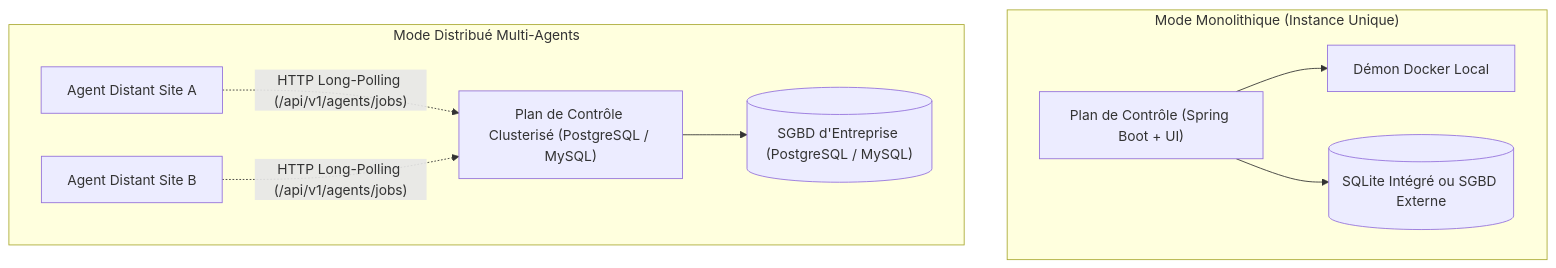
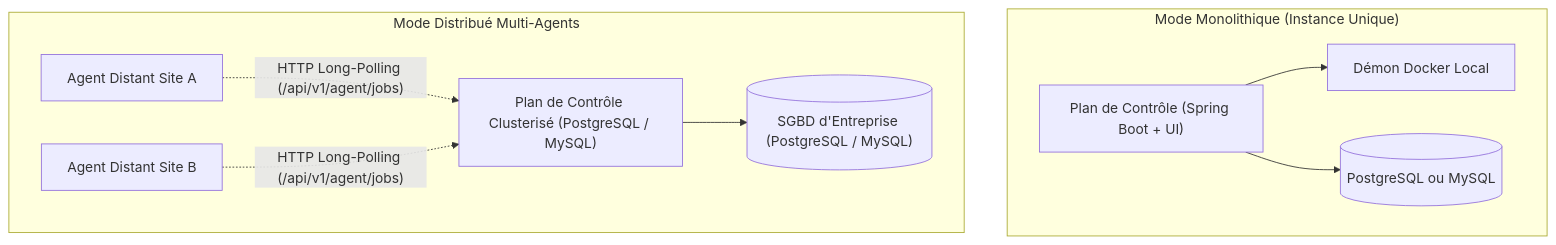
One commit to asmolabs/vectispire changed the diagram in docs/architecture/bflorat/fr/04_vue_infrastructure.md. Above: the diagram before and after it, drawn with Mermaid. The commit also changed other lines of this file and 14 other files, not shown here.

````diff
--- a/docs/architecture/bflorat/fr/04_vue_infrastructure.md
+++ b/docs/architecture/bflorat/fr/04_vue_infrastructure.md
@@ -13,21 +13,21 @@
 ```mermaid
 flowchart TB
     subgraph Mono["Mode Monolithique (Instance Unique)"]
         Ctrl1["Plan de Contrôle (Spring Boot + UI)"]
         Docker1["Démon Docker Local"]
-        DB1[("SQLite Intégré ou SGBD Externe")]
+        DB1[("PostgreSQL ou MySQL")]
         Ctrl1 --> Docker1
         Ctrl1 --> DB1
     end
 
     subgraph Dist["Mode Distribué Multi-Agents"]
         Ctrl2["Plan de Contrôle Clusterisé (PostgreSQL / MySQL)"]
         DB2[("SGBD d'Entreprise (PostgreSQL / MySQL)")]
         AgentA["Agent Distant Site A"]
         AgentB["Agent Distant Site B"]
         
         Ctrl2 --> DB2
-        AgentA -.->|"HTTP Long-Polling (/api/v1/agents/jobs)"| Ctrl2
-        AgentB -.->|"HTTP Long-Polling (/api/v1/agents/jobs)"| Ctrl2
+        AgentA -.->|"HTTP Long-Polling (/api/v1/agent/jobs)"| Ctrl2
+        AgentB -.->|"HTTP Long-Polling (/api/v1/agent/jobs)"| Ctrl2
     end
 ```
````
